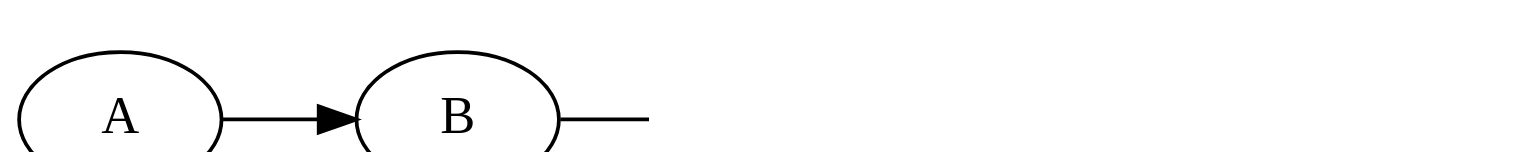
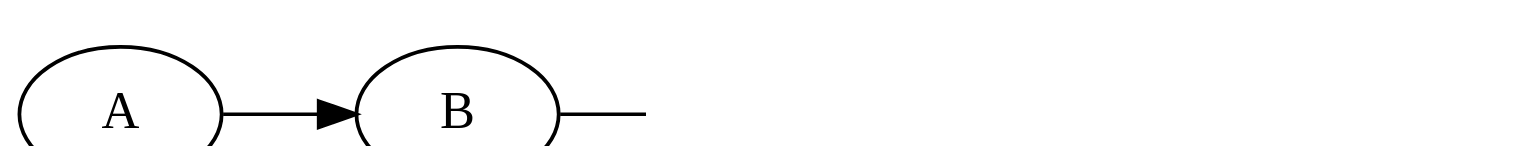
One commit to inponomarev/kstreams-testing-pitfalls changed the first of 10 diagrams in slides/src/main/asciidoc/lecture.adoc. Above: the diagram before and after it, drawn with Graphviz. The commit also changed other lines of this file, not shown here.

```diff
--- a/slides/src/main/asciidoc/lecture.adoc
+++ b/slides/src/main/asciidoc/lecture.adoc
@@ -44,17 +41,17 @@
 [graphviz,"dedup-problem1.png"]
 ----
 digraph G {
 graph [ dpi = 180 ];
 rankdir="LR";
 A1[label="A"];
 B1[label="B"];
 A2[label="A"];
 B2[label="B"];
 
 A1 -> B1 -> B2 ->A2 ;
-DB[shape="cylinder", label=<<table cellspacing="5" cellborder="0"  border="1">
+DB[shape="cylinder", label=<<table cellspacing="5" cellborder="0"  border="0">
         <tr><td>A</td>
         <vr/><td>B</td></tr></table>>];
 A2->DB;
 }
 ----
```
